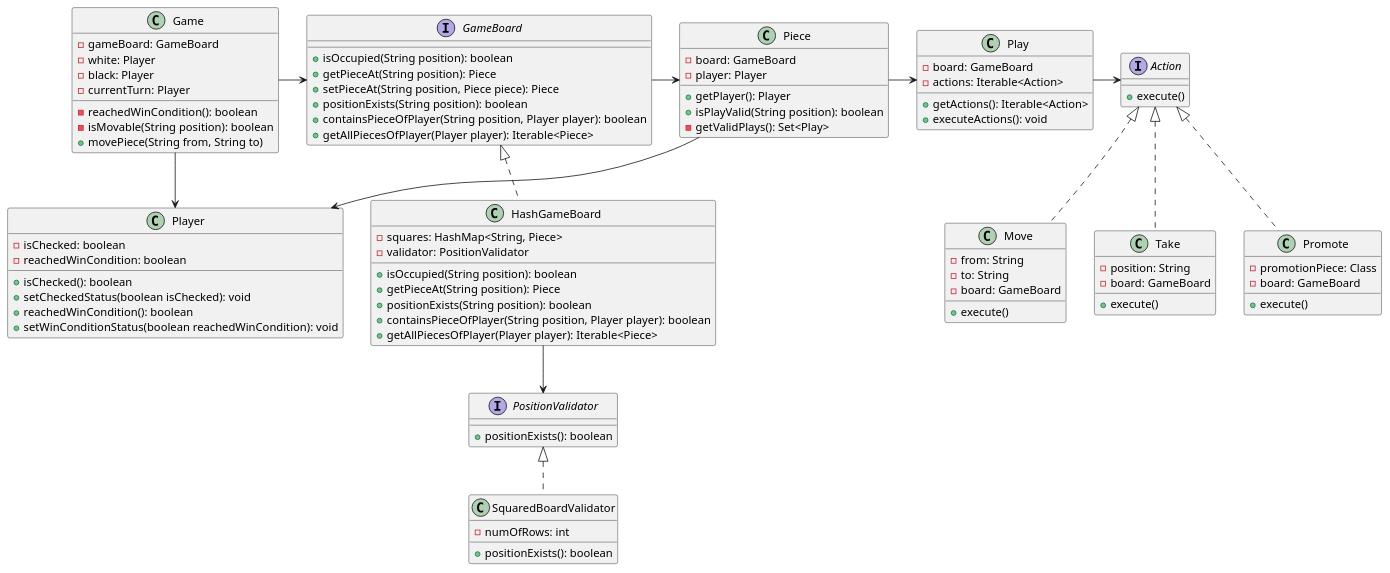
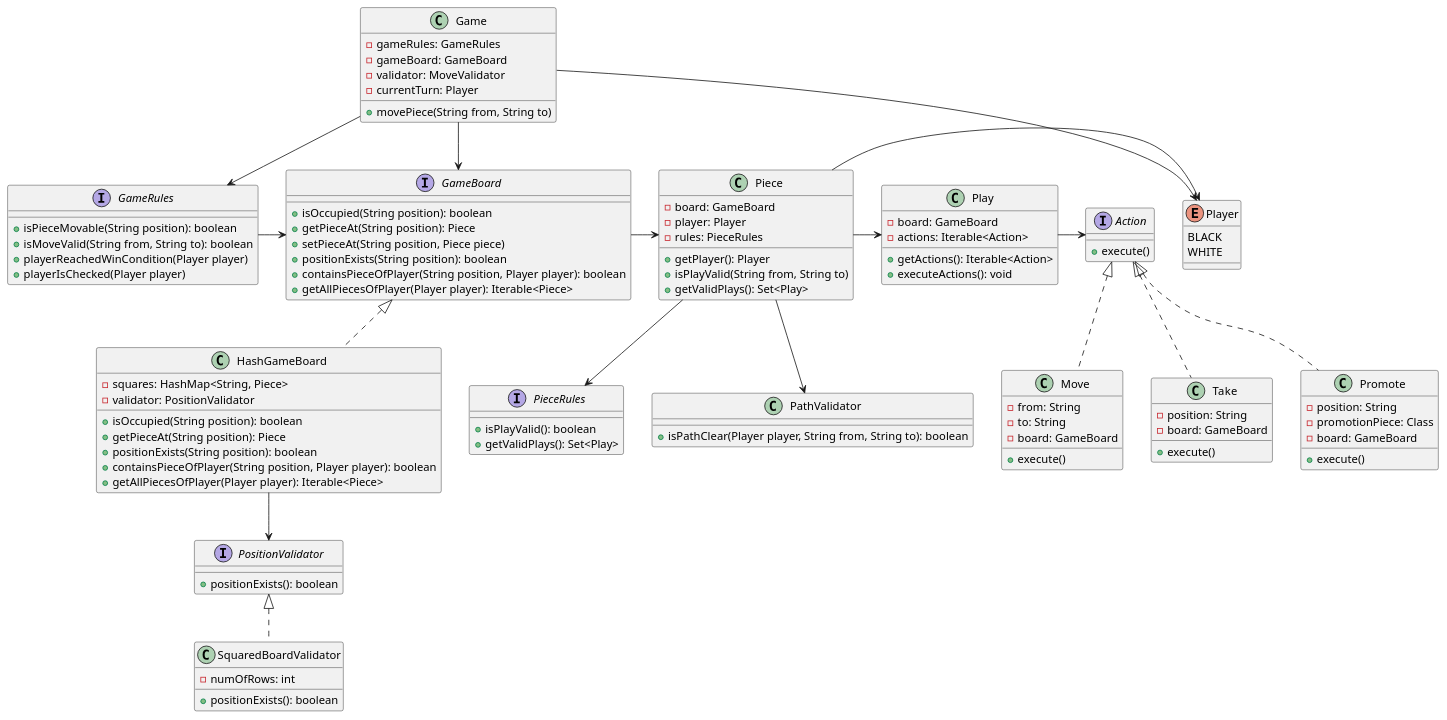
The diagram in diagrams/Chess.puml (TomRolB/chess-framework), drawn with PlantUML before and after one commit. The commit also changed 8 other files, not shown here.

```diff
--- a/diagrams/Chess.puml
+++ b/diagrams/Chess.puml
@@ -6,40 +6,41 @@
 'BLACK
 '}
 
-class Player {
-    - isChecked: boolean
-    - reachedWinCondition: boolean
-    + isChecked(): boolean
-    + setCheckedStatus(boolean isChecked): void
-    + reachedWinCondition(): boolean
-    + setWinConditionStatus(boolean reachedWinCondition): void
+enum Player {
+    BLACK
+    WHITE
 }
 
 class Game {
-    '- gameRules: GameRules
+    - gameRules: GameRules
     - gameBoard: GameBoard
-    - white: Player
-    - black: Player
+    - validator: MoveValidator
     - currentTurn: Player
-    - reachedWinCondition(): boolean
-    - isMovable(String position): boolean
     ' isMovable would be used in movePiece(): it permits, for instance, to block the rival's pieces, or piece movements when the player's king is checked.
     + movePiece(String from, String to)
 }
 
-'class GameRules {
-'    + playerReachedWinCondition(Player player)
-'    + playerIsChecked(Player player)
-'}
+interface GameRules {
+    + isPieceMovable(String position): boolean
+    + isMoveValid(String from, String to): boolean
+    + playerReachedWinCondition(Player player)
+    + playerIsChecked(Player player)
+}
 
 interface GameBoard {
     + isOccupied(String position): boolean
     + getPieceAt(String position): Piece
-    + setPieceAt(String position, Piece piece): Piece
+    + setPieceAt(String position, Piece piece)
     + positionExists(String position): boolean
     + containsPieceOfPlayer(String position, Player player): boolean
     + getAllPiecesOfPlayer(Player player): Iterable<Piece>
 }
+
+'interface MoveValidator {
+'    + isPieceMovable(String position): boolean
+'    + isMoveValid(String from, String to): boolean
+'    'TODO: Maybe instead have a method that gets all movable pieces? Or maybe isMovable() should support polymorphism by Piece. In that case, it should be a method of that interface.
+'}
 
 class HashGameBoard implements GameBoard {
     - squares: HashMap<String, Piece>
@@ -129,6 +130,7 @@
 }
 
 class Promote implements Action {
+    - position: String
     - promotionPiece: Class
     - board: GameBoard
     + execute()
@@ -139,10 +141,21 @@
     ' There would be no consistency-circularity issues with the field above, since it's final
     ' - ruleset: MoveRuleSet
     - player: Player
+    - rules: PieceRules
     + getPlayer(): Player
 '    + rulesAreViolated(): boolean
-    + isPlayValid(String position): boolean
-    - getValidPlays(): Set<Play>
+    + isPlayValid(String from, String to)
+    + getValidPlays(): Set<Play>
+}
+
+interface PieceRules {
+    + isPlayValid(): boolean
+    + getValidPlays(): Set<Play>
+}
+
+class PathValidator {
+    + isPathClear(Player player, String from, String to): boolean
+    ' Checks whether something is blocking the path between a piece and a position.
 }
 
 'enum StandardPiece {
@@ -175,14 +188,19 @@
 '    move(Square): void
 '}
 
-'Game --> GameRules
+Game --> GameRules
 Game -> GameBoard
+'MoveValidator -> GameRules
+
+GameRules -> GameBoard
 GameBoard -> Piece
 HashGameBoard --> PositionValidator
 'Piece -> MoveRuleSet
 'RuleSet -> Rule
 'Piece -> Rule
-Piece --> Player
+Piece -> Player
+Piece --> PieceRules
+Piece --> PathValidator
 Game -> Player
 Piece -> Play
 Play -> Action
```
